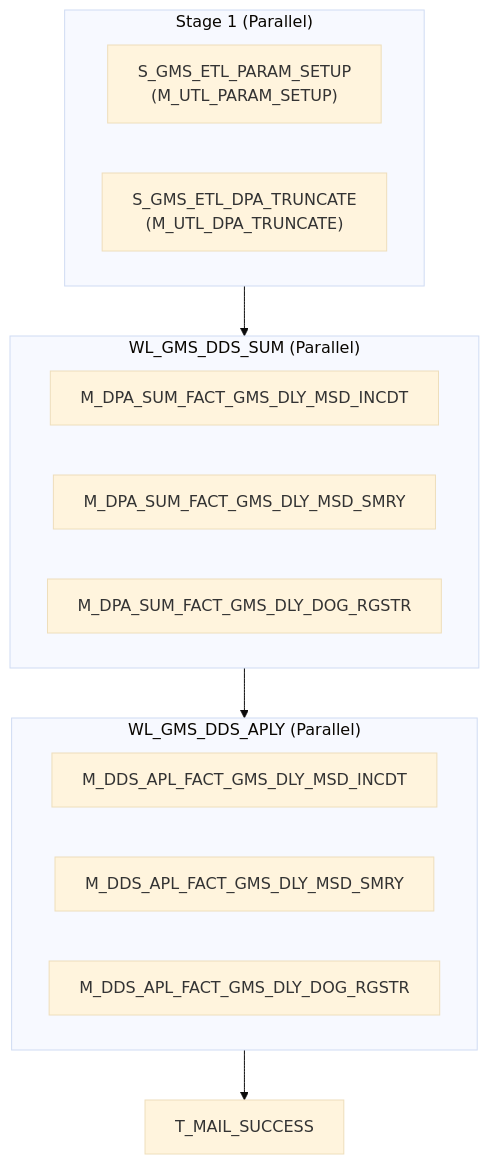
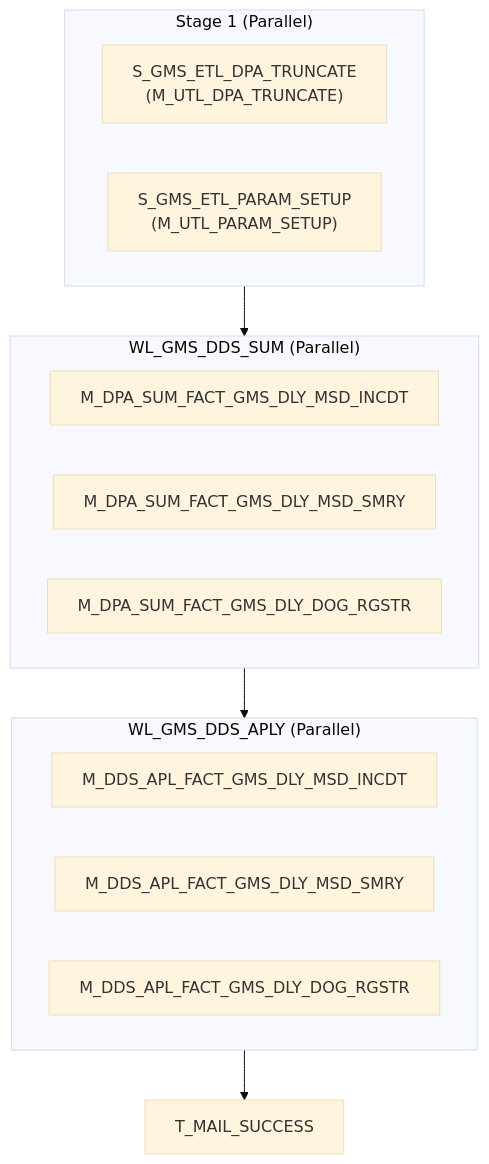
One commit to asl-adamxu/informatica-sparker-poc changed the diagram in informatica/PowerCenter_workflows/dds/WF_GMS_DDS_APLY_DLY_SPARK/wf_gms_dds_aply_dly.md. Above: the diagram before and after it, drawn with Mermaid (base theme). The commit also changed other lines of this file and 33 other files, not shown here.

````diff
--- a/informatica/PowerCenter_workflows/dds/WF_GMS_DDS_APLY_DLY_SPARK/wf_gms_dds_aply_dly.md
+++ b/informatica/PowerCenter_workflows/dds/WF_GMS_DDS_APLY_DLY_SPARK/wf_gms_dds_aply_dly.md
@@ -7,21 +7,21 @@
 ```mermaid
 flowchart TD
     subgraph Stage1["Stage 1 (Parallel)"]
+        S_GMS_ETL_DPA_TRUNCATE["S_GMS_ETL_DPA_TRUNCATE<br/>(M_UTL_DPA_TRUNCATE)"]
         S_GMS_ETL_PARAM_SETUP["S_GMS_ETL_PARAM_SETUP<br/>(M_UTL_PARAM_SETUP)"]
-        S_GMS_ETL_DPA_TRUNCATE["S_GMS_ETL_DPA_TRUNCATE<br/>(M_UTL_DPA_TRUNCATE)"]
     end
     subgraph Stage2["WL_GMS_DDS_SUM (Parallel)"]
         S_DPA_SUM_FACT_GMS_DLY_MSD_INCDT["M_DPA_SUM_FACT_GMS_DLY_MSD_INCDT"]
         S_DPA_SUM_FACT_GMS_DLY_MSD_SMRY["M_DPA_SUM_FACT_GMS_DLY_MSD_SMRY"]
         S_DPA_SUM_FACT_GMS_DLY_DOG_RGSTR["M_DPA_SUM_FACT_GMS_DLY_DOG_RGSTR"]
     end
     subgraph Stage3["WL_GMS_DDS_APLY (Parallel)"]
         S_DDS_APL_FACT_GMS_DLY_MSD_INCDT["M_DDS_APL_FACT_GMS_DLY_MSD_INCDT"]
         S_DDS_APL_FACT_GMS_DLY_MSD_SMRY["M_DDS_APL_FACT_GMS_DLY_MSD_SMRY"]
         S_DDS_APL_FACT_GMS_DLY_DOG_RGSTR["M_DDS_APL_FACT_GMS_DLY_DOG_RGSTR"]
     end
     T_MAIL_SUCCESS["T_MAIL_SUCCESS"]
     Stage1 --> Stage2
     Stage2 --> Stage3
     Stage3 --> T_MAIL_SUCCESS
 ```
````
